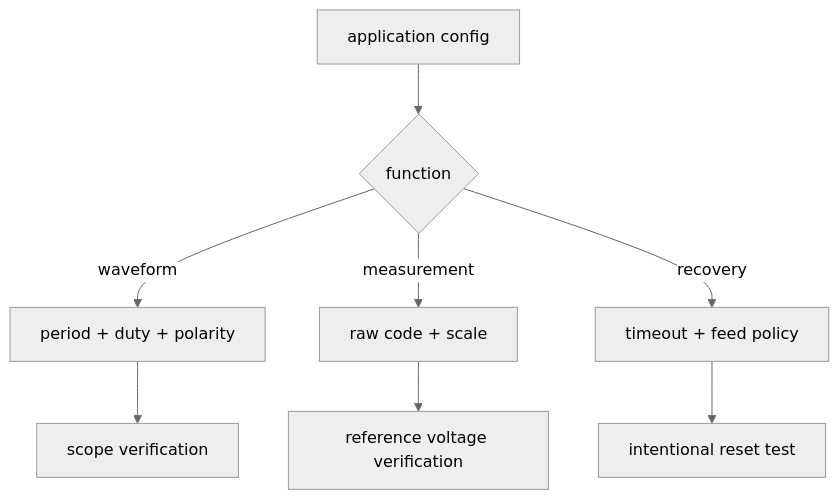
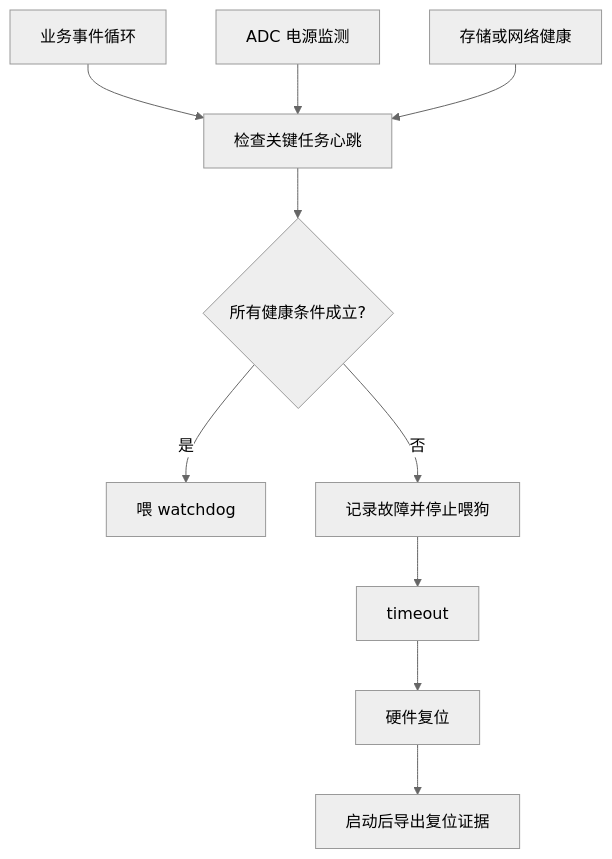
Before and after one commit to cdragon-ljl/EEandEdgeAI: the ninth of 13 diagrams in docs/articles/bsp/bsp-25-pwm-adc-watchdog.md, drawn with Mermaid (neutral theme). The commit also changed other lines of this file and 25 other files, not shown here.

````diff
--- a/docs/articles/bsp/bsp-25-pwm-adc-watchdog.md
+++ b/docs/articles/bsp/bsp-25-pwm-adc-watchdog.md
@@ -22,10 +518,12 @@
 ```mermaid
 flowchart TD
-    A[application config] --> B{function}
-    B -- waveform --> C[period + duty + polarity]
-    B -- measurement --> D[raw code + scale]
-    B -- recovery --> E[timeout + feed policy]
-    C --> F[scope verification]
-    D --> G[reference voltage verification]
-    E --> H[intentional reset test]
+    A[业务事件循环] --> B[检查关键任务心跳]
+    C[ADC 电源监测] --> B
+    D[存储或网络健康] --> B
+    B --> E{所有健康条件成立?}
+    E -- 是 --> F[喂 watchdog]
+    E -- 否 --> G[记录故障并停止喂狗]
+    G --> H[timeout]
+    H --> I[硬件复位]
+    I --> J[启动后导出复位证据]
 ```
````
